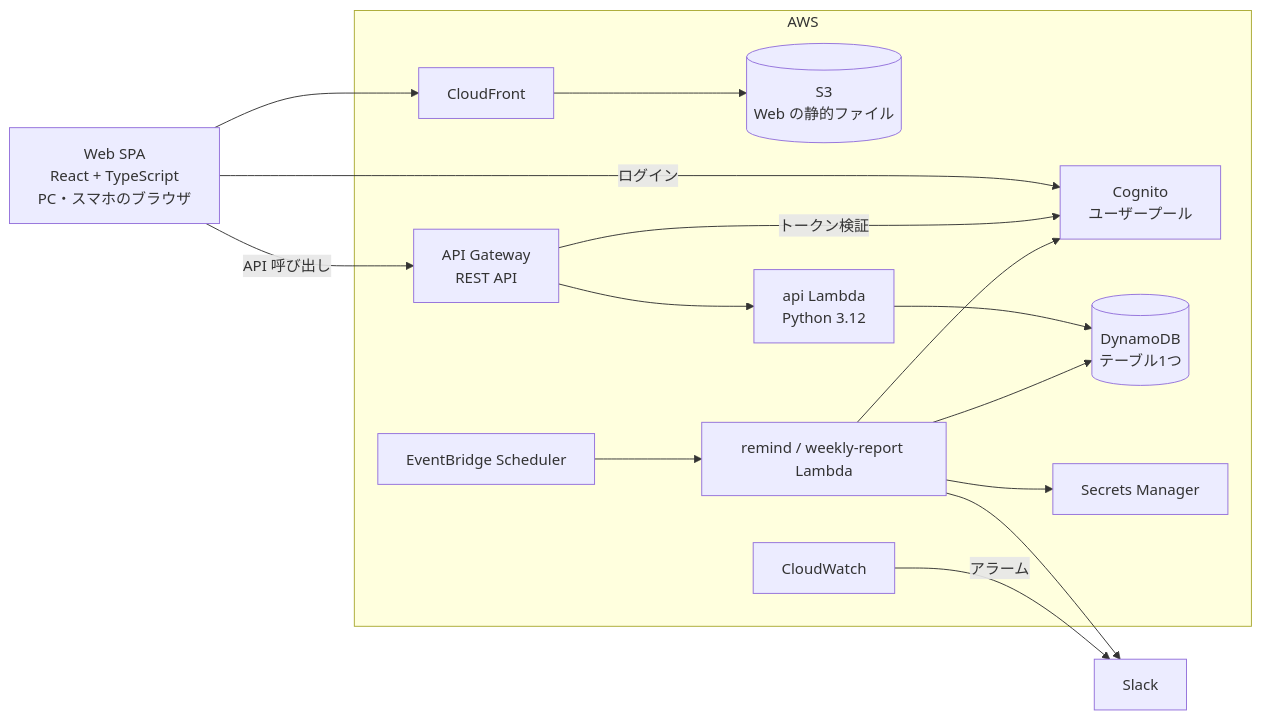
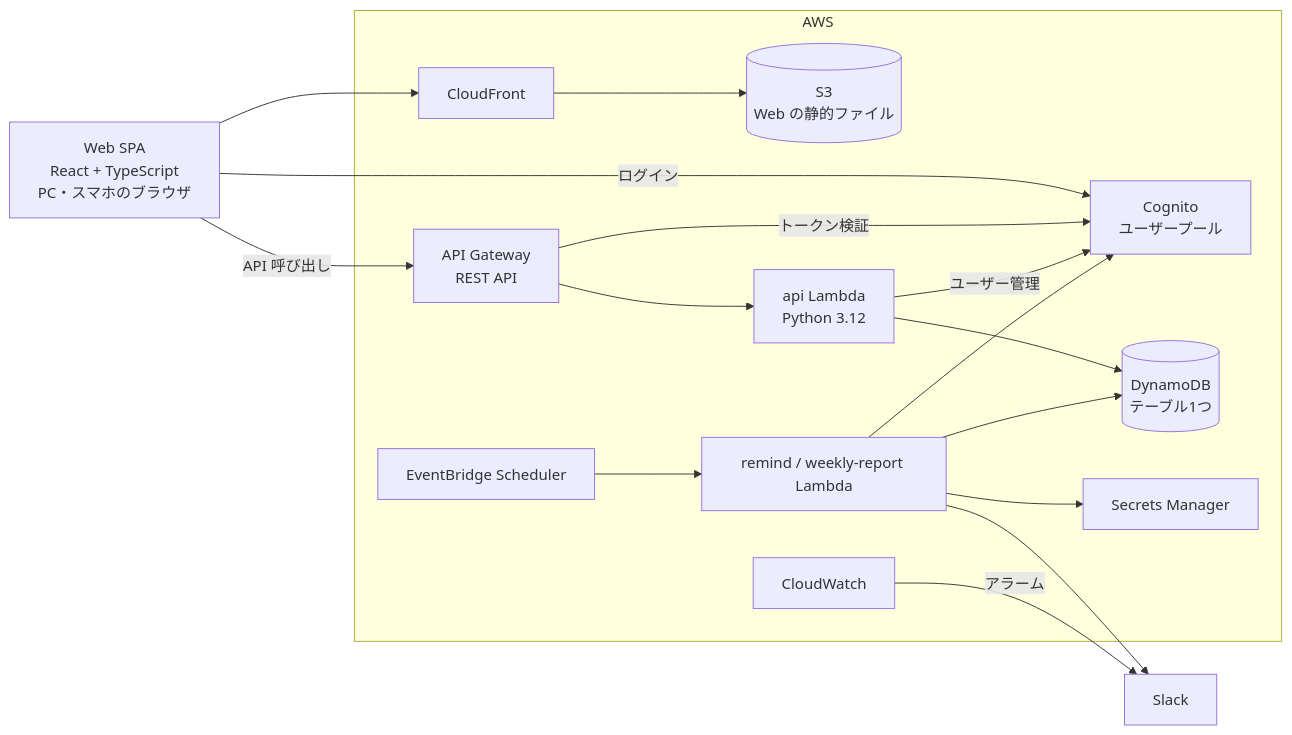
One commit to igx-dev/work-hours-report changed the first of 2 diagrams in docs/02_architecture.md. Above: the diagram before and after it, drawn with Mermaid. The commit also changed other lines of this file and 34 other files, not shown here.

````diff
--- a/docs/02_architecture.md
+++ b/docs/02_architecture.md
@@ -7,30 +7,31 @@
 ```mermaid
 flowchart LR
   web[Web SPA<br>React + TypeScript<br>PC・スマホのブラウザ]
 
   subgraph aws[AWS]
     cf[CloudFront] --> s3[(S3<br>Web の静的ファイル)]
     cognito[Cognito<br>ユーザープール]
     apigw[API Gateway<br>REST API]
     api[api Lambda<br>Python 3.12]
     ddb[(DynamoDB<br>テーブル1つ)]
     sched[EventBridge Scheduler]
     batch[remind / weekly-report Lambda]
     secrets[Secrets Manager]
     cw[CloudWatch]
   end
 
   slack[Slack]
 
   web --> cf
   web -- ログイン --> cognito
   web -- API 呼び出し --> apigw
   apigw -- トークン検証 --> cognito
+  api -- ユーザー管理 --> cognito
   apigw --> api --> ddb
   sched --> batch
   batch --> ddb
   batch --> cognito
   batch --> secrets
   batch --> slack
   cw -- アラーム --> slack
 ```
````
